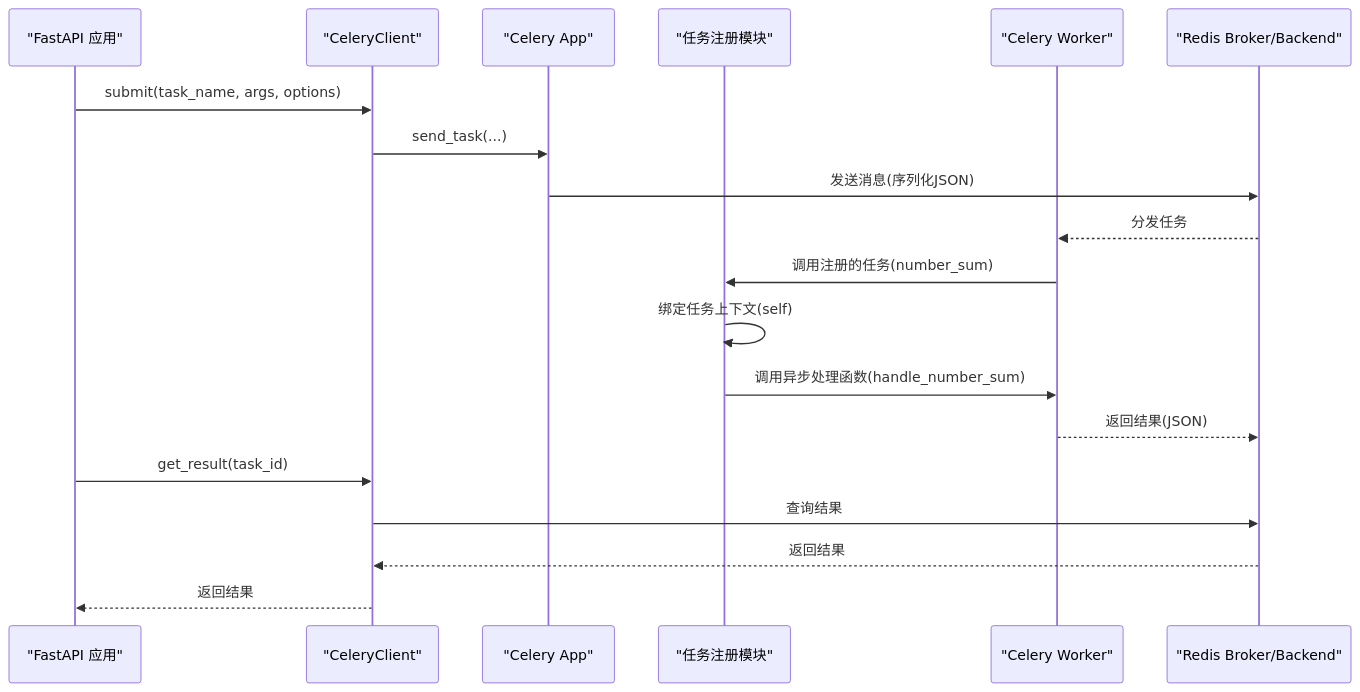
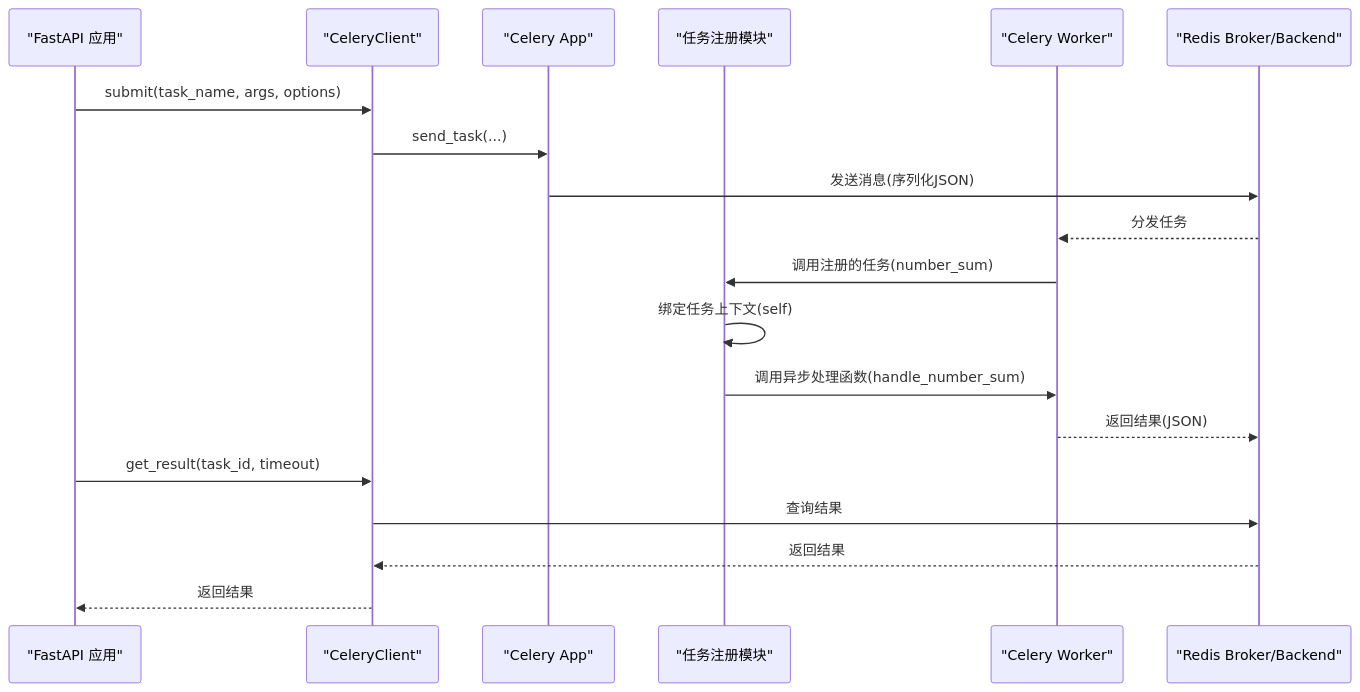
The second of 8 diagrams in .qoder/repowiki/zh/content/任务调度系统/Celery分布式任务.md (lilinzezzzzzz/fastapi-backend), drawn with Mermaid before and after one commit. The commit also changed other lines of this file and 42 other files, not shown here.

````diff
--- a/.qoder/repowiki/zh/content/任务调度系统/Celery分布式任务.md
+++ b/.qoder/repowiki/zh/content/任务调度系统/Celery分布式任务.md
@@ -109,21 +116,21 @@
 ```mermaid
 sequenceDiagram
 participant API as "FastAPI 应用"
 participant CC as "CeleryClient"
 participant APP as "Celery App"
 participant REG as "任务注册模块"
 participant W as "Celery Worker"
 participant BK as "Redis Broker/Backend"
 API->>CC : submit(task_name, args, options)
 CC->>APP : send_task(...)
 APP->>BK : 发送消息(序列化JSON)
 BK-->>W : 分发任务
 W->>REG : 调用注册的任务(number_sum)
 REG->>REG : 绑定任务上下文(self)
 REG->>W : 调用异步处理函数(handle_number_sum)
 W-->>BK : 返回结果(JSON)
-API->>CC : get_result(task_id)
+API->>CC : get_result(task_id, timeout)
 CC->>BK : 查询结果
 BK-->>CC : 返回结果
 CC-->>API : 返回结果
 ```
````
